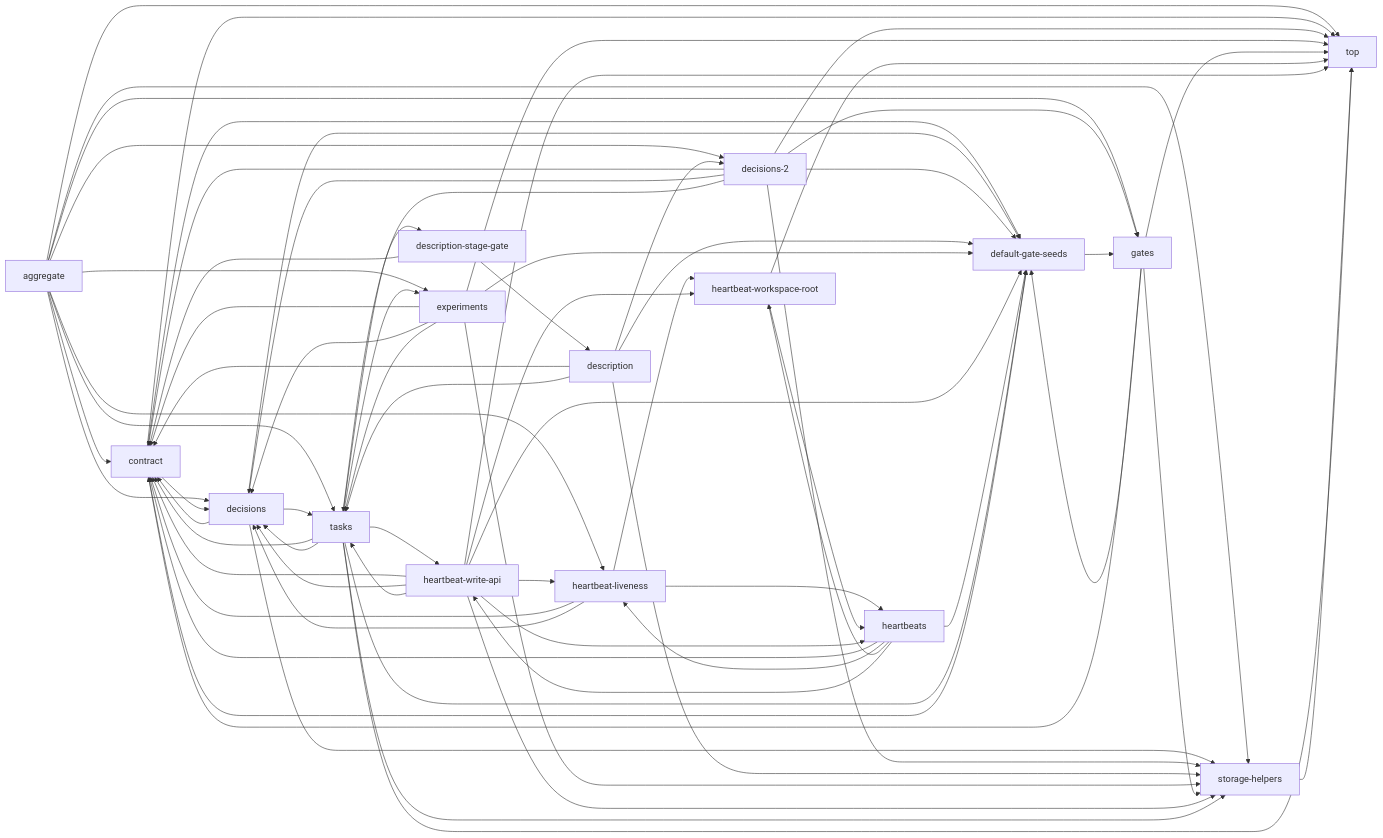
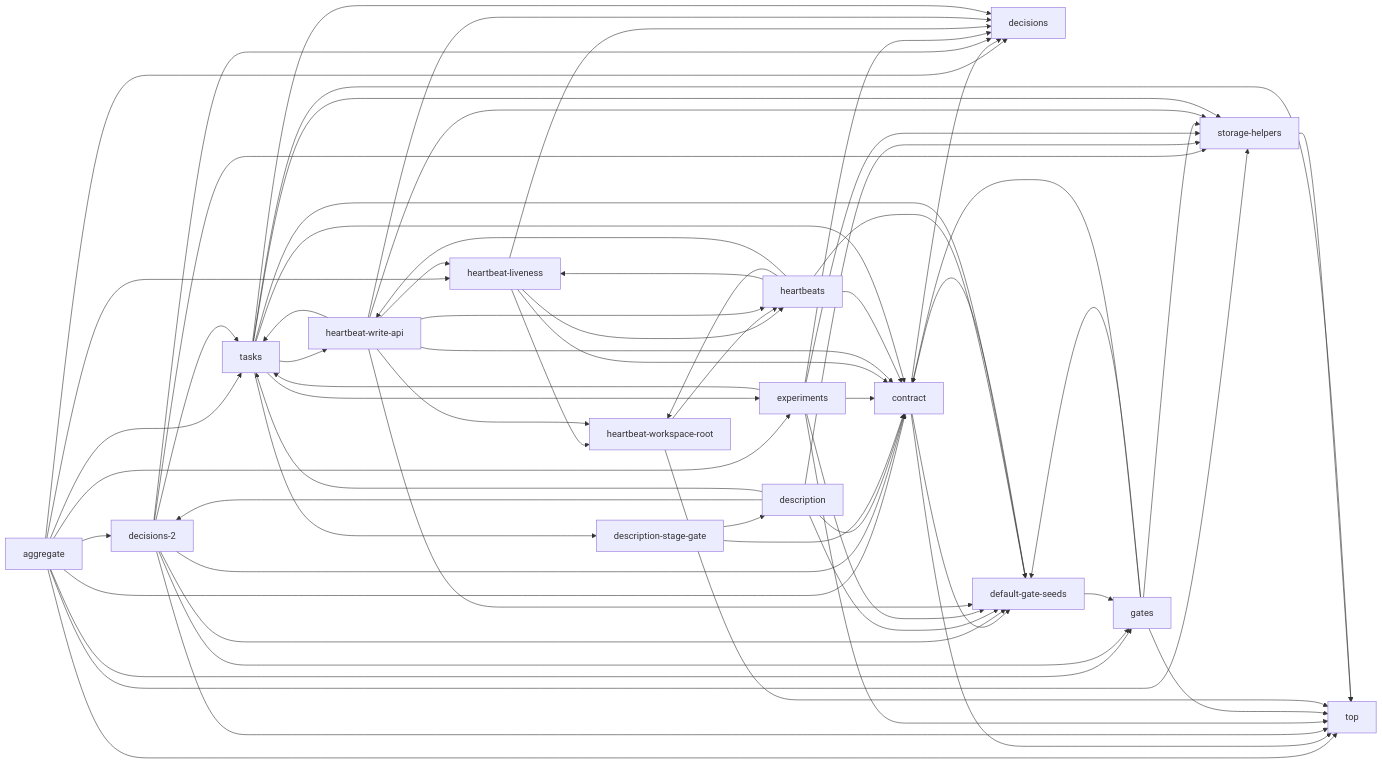
The fourth of 12 diagrams in docs/project-description.md (Han-Haocheng/project-flow), drawn with Mermaid before and after one commit. The commit also changed other lines of this file, not shown here.

````diff
--- a/docs/project-description.md
+++ b/docs/project-description.md
@@ -340,74 +340,69 @@
 ```mermaid
 graph LR
   m13["aggregate"] --> m2["contract"]
   m13["aggregate"] --> m1["decisions"]
   m13["aggregate"] --> m8["decisions-2"]
   m13["aggregate"] --> m5["experiments"]
   m13["aggregate"] --> m7["gates"]
   m13["aggregate"] --> m11["heartbeat-liveness"]
   m13["aggregate"] --> m4["storage-helpers"]
   m13["aggregate"] --> m6["tasks"]
   m13["aggregate"] --> m0["top"]
   m2["contract"] --> m1["decisions"]
   m2["contract"] --> m3["default-gate-seeds"]
   m2["contract"] --> m0["top"]
-  m1["decisions"] --> m2["contract"]
-  m1["decisions"] --> m3["default-gate-seeds"]
-  m1["decisions"] --> m4["storage-helpers"]
-  m1["decisions"] --> m6["tasks"]
   m8["decisions-2"] --> m2["contract"]
   m8["decisions-2"] --> m1["decisions"]
   m8["decisions-2"] --> m3["default-gate-seeds"]
   m8["decisions-2"] --> m7["gates"]
   m8["decisions-2"] --> m4["storage-helpers"]
   m8["decisions-2"] --> m6["tasks"]
   m8["decisions-2"] --> m0["top"]
   m3["default-gate-seeds"] --> m2["contract"]
   m3["default-gate-seeds"] --> m7["gates"]
   m14["description"] --> m2["contract"]
   m14["description"] --> m8["decisions-2"]
   m14["description"] --> m3["default-gate-seeds"]
   m14["description"] --> m4["storage-helpers"]
   m14["description"] --> m6["tasks"]
   m15["description-stage-gate"] --> m2["contract"]
   m15["description-stage-gate"] --> m14["description"]
   m5["experiments"] --> m2["contract"]
   m5["experiments"] --> m1["decisions"]
   m5["experiments"] --> m3["default-gate-seeds"]
   m5["experiments"] --> m4["storage-helpers"]
   m5["experiments"] --> m6["tasks"]
   m5["experiments"] --> m0["top"]
   m7["gates"] --> m2["contract"]
   m7["gates"] --> m3["default-gate-seeds"]
   m7["gates"] --> m4["storage-helpers"]
   m7["gates"] --> m0["top"]
   m11["heartbeat-liveness"] --> m2["contract"]
   m11["heartbeat-liveness"] --> m1["decisions"]
   m11["heartbeat-liveness"] --> m10["heartbeat-workspace-root"]
   m11["heartbeat-liveness"] --> m9["heartbeats"]
   m10["heartbeat-workspace-root"] --> m9["heartbeats"]
   m10["heartbeat-workspace-root"] --> m0["top"]
   m12["heartbeat-write-api"] --> m2["contract"]
   m12["heartbeat-write-api"] --> m1["decisions"]
   m12["heartbeat-write-api"] --> m3["default-gate-seeds"]
   m12["heartbeat-write-api"] --> m11["heartbeat-liveness"]
   m12["heartbeat-write-api"] --> m10["heartbeat-workspace-root"]
   m12["heartbeat-write-api"] --> m9["heartbeats"]
   m12["heartbeat-write-api"] --> m4["storage-helpers"]
   m12["heartbeat-write-api"] --> m6["tasks"]
-  m12["heartbeat-write-api"] --> m0["top"]
   m9["heartbeats"] --> m2["contract"]
   m9["heartbeats"] --> m3["default-gate-seeds"]
   m9["heartbeats"] --> m11["heartbeat-liveness"]
   m9["heartbeats"] --> m10["heartbeat-workspace-root"]
   m9["heartbeats"] --> m12["heartbeat-write-api"]
   m4["storage-helpers"] --> m0["top"]
   m6["tasks"] --> m2["contract"]
   m6["tasks"] --> m1["decisions"]
   m6["tasks"] --> m3["default-gate-seeds"]
   m6["tasks"] --> m15["description-stage-gate"]
   m6["tasks"] --> m5["experiments"]
   m6["tasks"] --> m12["heartbeat-write-api"]
   m6["tasks"] --> m4["storage-helpers"]
   m6["tasks"] --> m0["top"]
 ```
````
